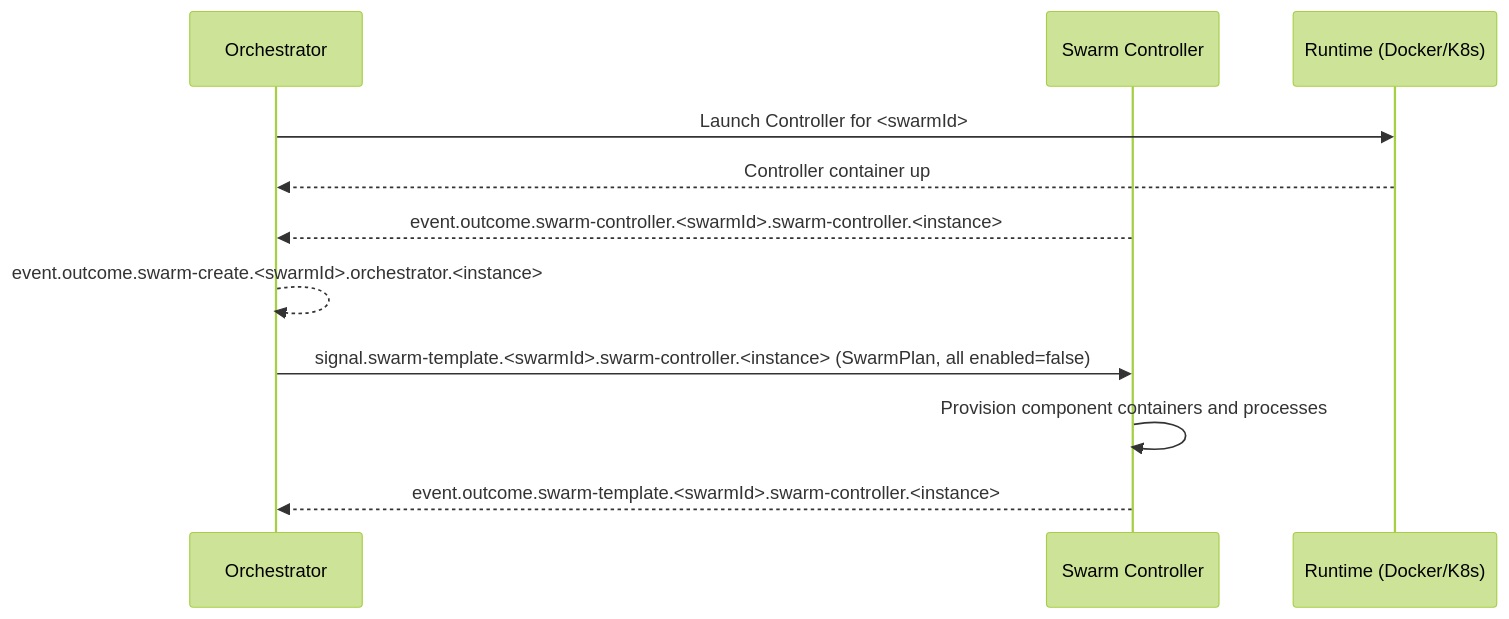
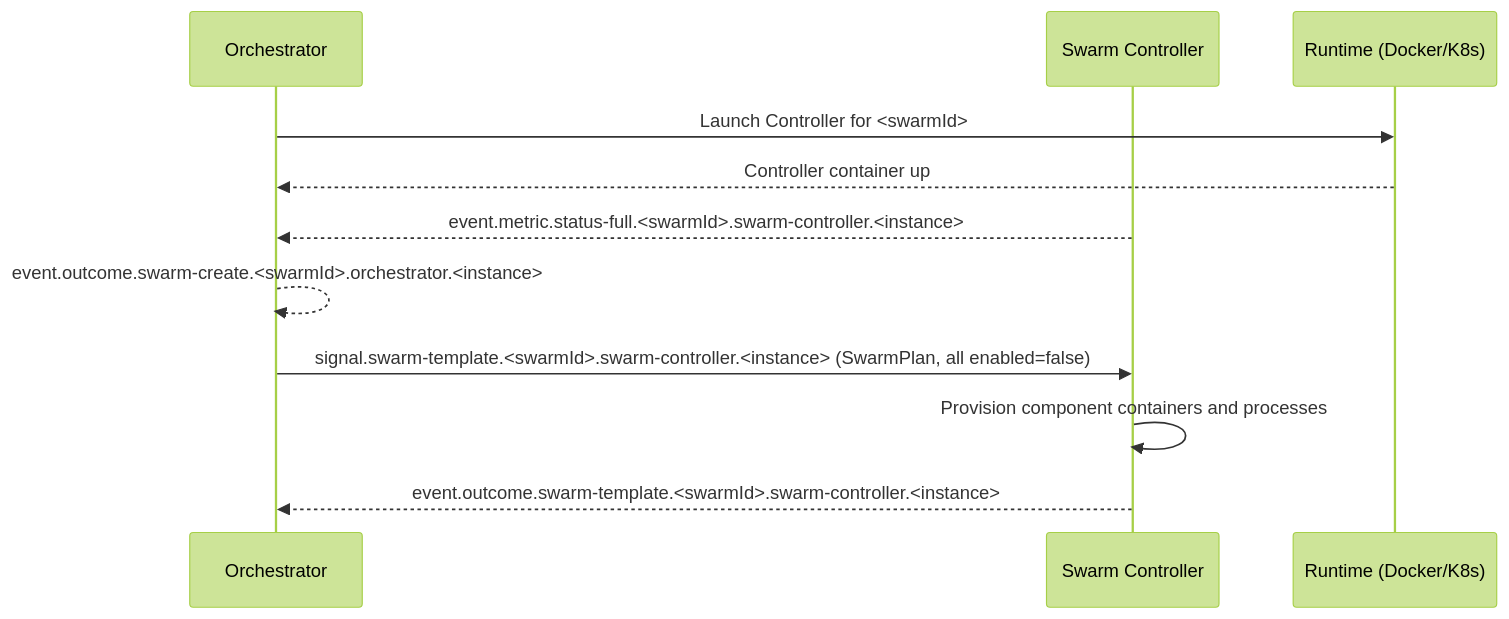
One commit to sepa79/PocketHive changed the first of 6 diagrams in docs/ARCHITECTURE.md. Above: the diagram before and after it, drawn with Mermaid (forest theme). The commit also changed other lines of this file and 9 other files, not shown here.

````diff
--- a/docs/ARCHITECTURE.md
+++ b/docs/ARCHITECTURE.md
@@ -347,15 +347,15 @@
 ```mermaid
 sequenceDiagram
   participant QN as Orchestrator
   participant MSH as Swarm Controller
   participant RT as Runtime (Docker/K8s)
 
   QN->>RT: Launch Controller for <swarmId>
   RT-->>QN: Controller container up
-  MSH-->>QN: event.outcome.swarm-controller.<swarmId>.swarm-controller.<instance>
+  MSH-->>QN: event.metric.status-full.<swarmId>.swarm-controller.<instance>
   QN-->>QN: event.outcome.swarm-create.<swarmId>.orchestrator.<instance>
 
   QN->>MSH: signal.swarm-template.<swarmId>.swarm-controller.<instance> (SwarmPlan, all enabled=false)
   MSH->>MSH: Provision component containers and processes
   MSH-->>QN: event.outcome.swarm-template.<swarmId>.swarm-controller.<instance>
 ```
````
